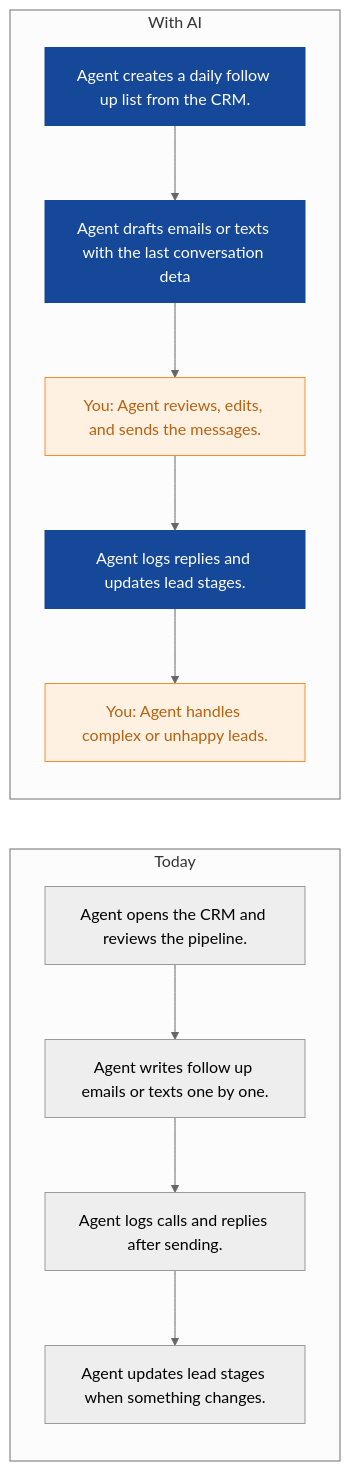
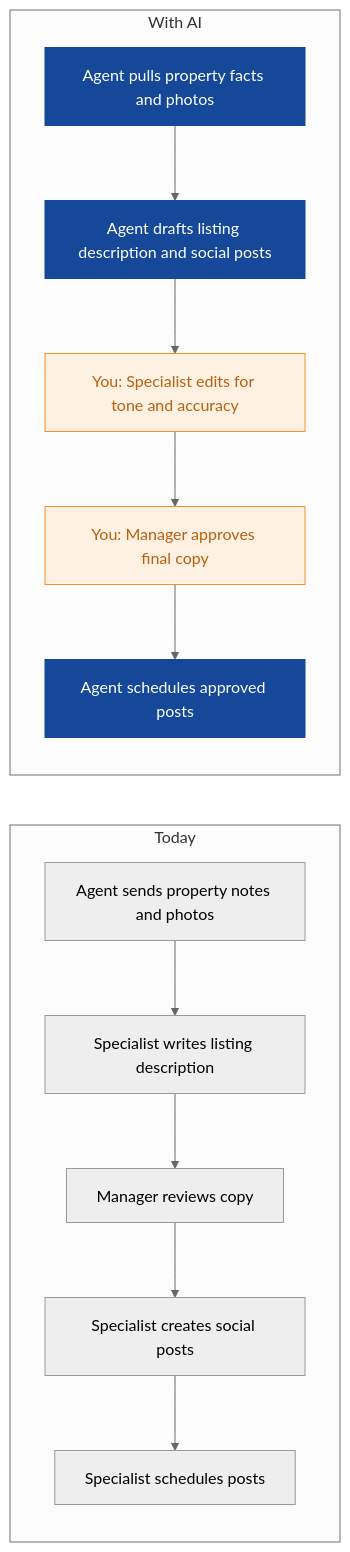
One commit to nexibeo/Complete-AI-Strategy changed the fifth of 9 diagrams in strategies/northpeak-realty.md. Above: the diagram before and after it, drawn with Mermaid (neutral theme). The commit also changed other lines of this file and 26 other files, not shown here.

````diff
--- a/strategies/northpeak-realty.md
+++ b/strategies/northpeak-realty.md
@@ -156,22 +168,23 @@
 ```mermaid
 flowchart LR
   subgraph Today
-    B0["Agent opens the CRM and reviews the pipeline."]
-    B1["Agent writes follow up emails or texts one by one."]
-    B2["Agent logs calls and replies after sending."]
-    B3["Agent updates lead stages when something changes."]
-    B0 --> B1 --> B2 --> B3
+    B0["Agent sends property notes and photos"]
+    B1["Specialist writes listing description"]
+    B2["Manager reviews copy"]
+    B3["Specialist creates social posts"]
+    B4["Specialist schedules posts"]
+    B0 --> B1 --> B2 --> B3 --> B4
   end
   subgraph WithAI[With AI]
-    A0["Agent creates a daily follow up list from the CRM."]
-    A1["Agent drafts emails or texts with the last conversation deta"]
-    A2["You: Agent reviews, edits, and sends the messages."]
-    A3["Agent logs replies and updates lead stages."]
-    A4["You: Agent handles complex or unhappy leads."]
+    A0["Agent pulls property facts and photos"]
+    A1["Agent drafts listing description and social posts"]
+    A2["You: Specialist edits for tone and accuracy"]
+    A3["You: Manager approves final copy"]
+    A4["Agent schedules approved posts"]
     A0 --> A1 --> A2 --> A3 --> A4
   end
   classDef ai fill:#154899,color:#fff,stroke:#154899
   classDef human fill:#FFF1E2,color:#B8600F,stroke:#F98F2C
-  class A0,A1,A3 ai
-  class A2,A4 human
+  class A0,A1,A4 ai
+  class A2,A3 human
 ```
````
